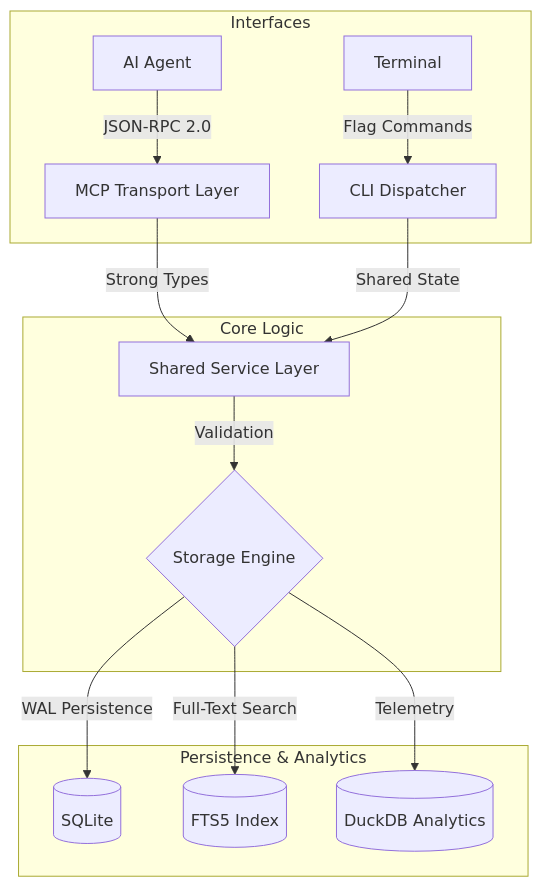
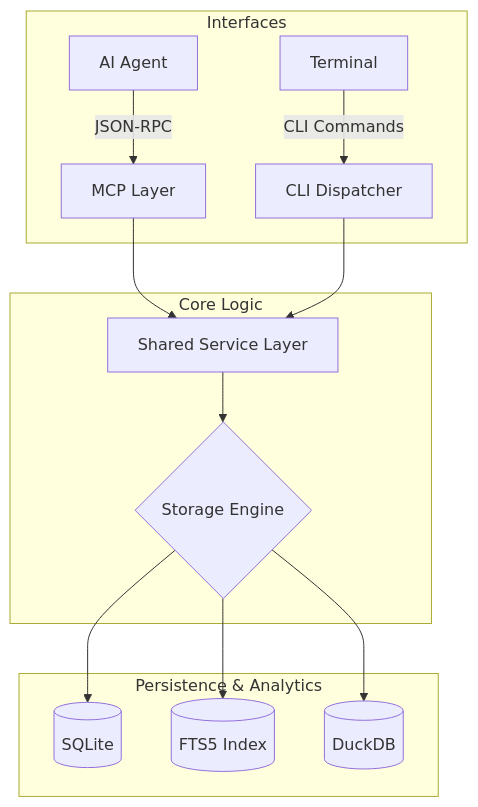
One commit to victoriacheng15/echo changed the diagram in README.md. Above: the diagram before and after it, drawn with Mermaid. The commit also changed other lines of this file, not shown here.

````diff
--- a/README.md
+++ b/README.md
@@ -49,19 +112,19 @@
 ```mermaid
 graph TD
     subgraph "Interfaces"
-        A[AI Agent] -- "JSON-RPC 2.0" --> B[MCP Transport Layer]
-        H[Terminal] -- "Flag Commands" --> I[CLI Dispatcher]
+        A[AI Agent] -- "JSON-RPC" --> B[MCP Layer]
+        H[Terminal] -- "CLI Commands" --> I[CLI Dispatcher]
     end
 
     subgraph "Core Logic"
-        B -- "Strong Types" --> C[Shared Service Layer]
-        I -- "Shared State" --> C
-        C -- "Validation" --> D{Storage Engine}
+        B --> C[Shared Service Layer]
+        I --> C
+        C --> D{Storage Engine}
     end
 
     subgraph "Persistence & Analytics"
-        D -- "WAL Persistence" --> E[(SQLite)]
-        D -- "Full-Text Search" --> F[(FTS5 Index)]
-        D -- "Telemetry" --> G[(DuckDB Analytics)]
+        D --> E[(SQLite)]
+        D --> F[(FTS5 Index)]
+        D --> G[(DuckDB)]
     end
 ```
````
